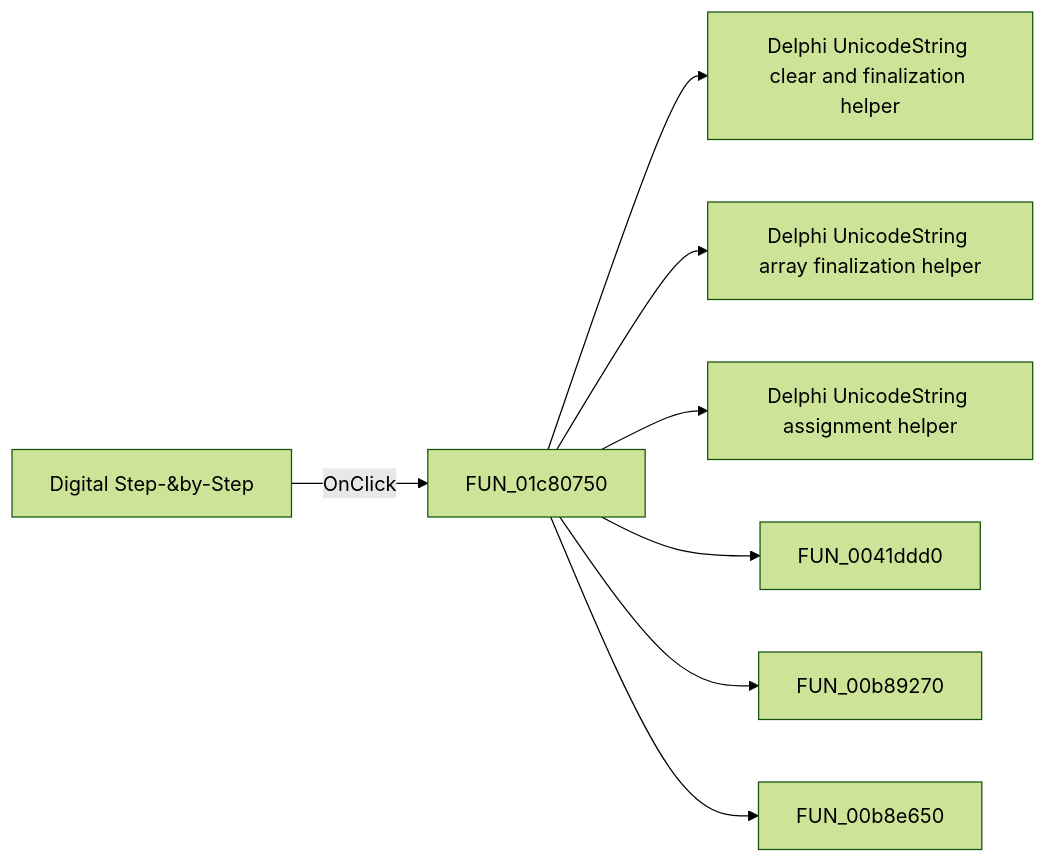
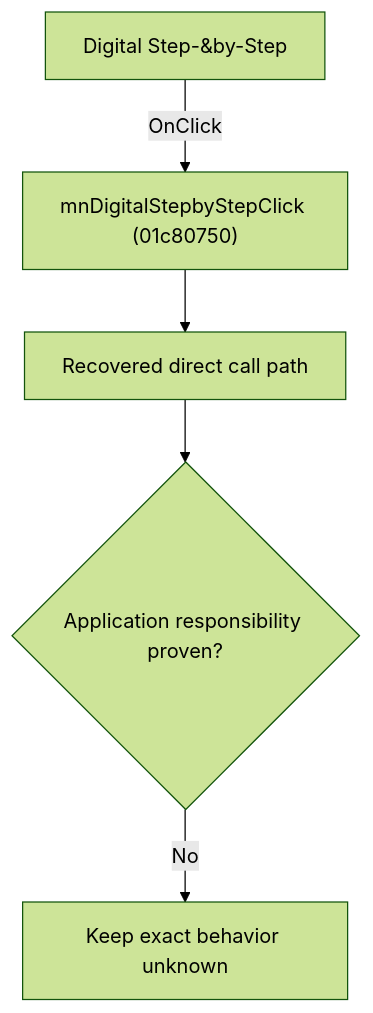
The diagram in docs/ui-controls/schematiceditor/mndigitalstepbystep-9d1ef1d2c8.md (MovGP0/TIARA), drawn with Mermaid (forest theme) before and after one commit. The commit also changed other lines of this file and 1062 other files, not shown here.

````diff
--- a/docs/ui-controls/schematiceditor/mndigitalstepbystep-9d1ef1d2c8.md
+++ b/docs/ui-controls/schematiceditor/mndigitalstepbystep-9d1ef1d2c8.md
@@ -27,10 +27,7 @@
 ```mermaid
-flowchart LR
-    control["Digital Step-&by-Step"] -->|OnClick| handler["FUN_01c80750"]
-    handler --> call1["Delphi UnicodeString clear and finalization helper"]
-    handler --> call2["Delphi UnicodeString array finalization helper"]
-    handler --> call3["Delphi UnicodeString assignment helper"]
-    handler --> call4["FUN_0041ddd0"]
-    handler --> call5["FUN_00b89270"]
-    handler --> call6["FUN_00b8e650"]
+flowchart TD
+    control["Digital Step-&by-Step"] -->|"OnClick"| handler["mnDigitalStepbyStepClick (01c80750)"]
+    handler --> recovered["Recovered direct call path"]
+    recovered --> gap{"Application responsibility proven?"}
+    gap -->|"No"| blocked["Keep exact behavior unknown"]
 ```
````
